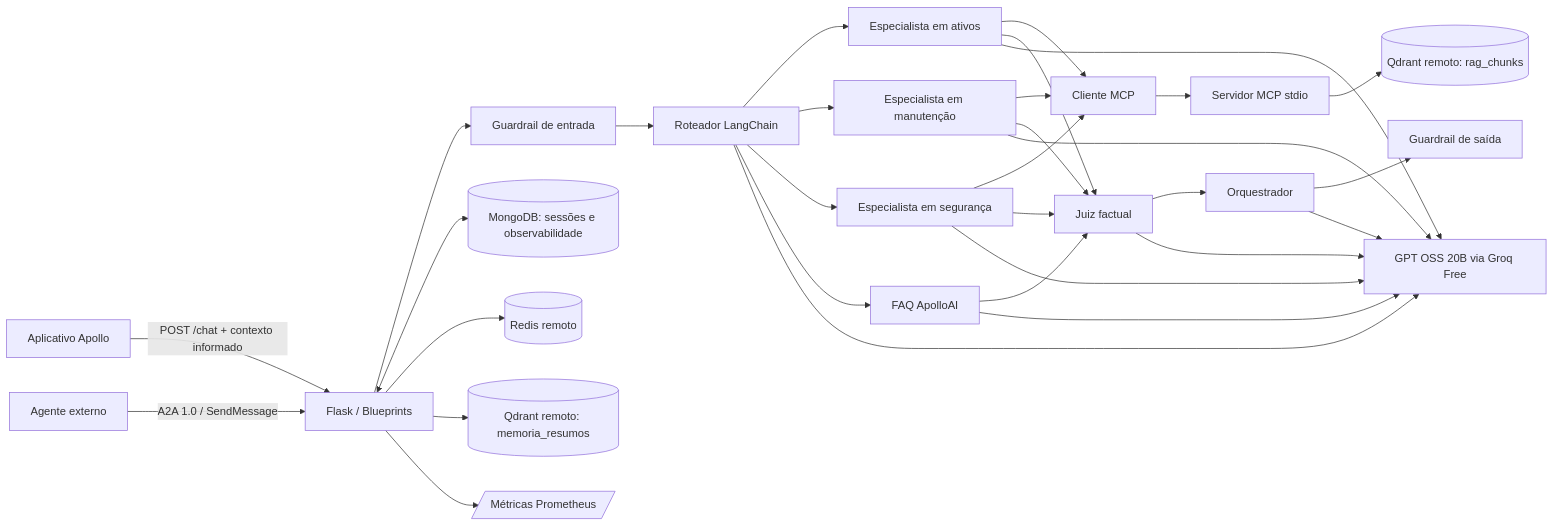
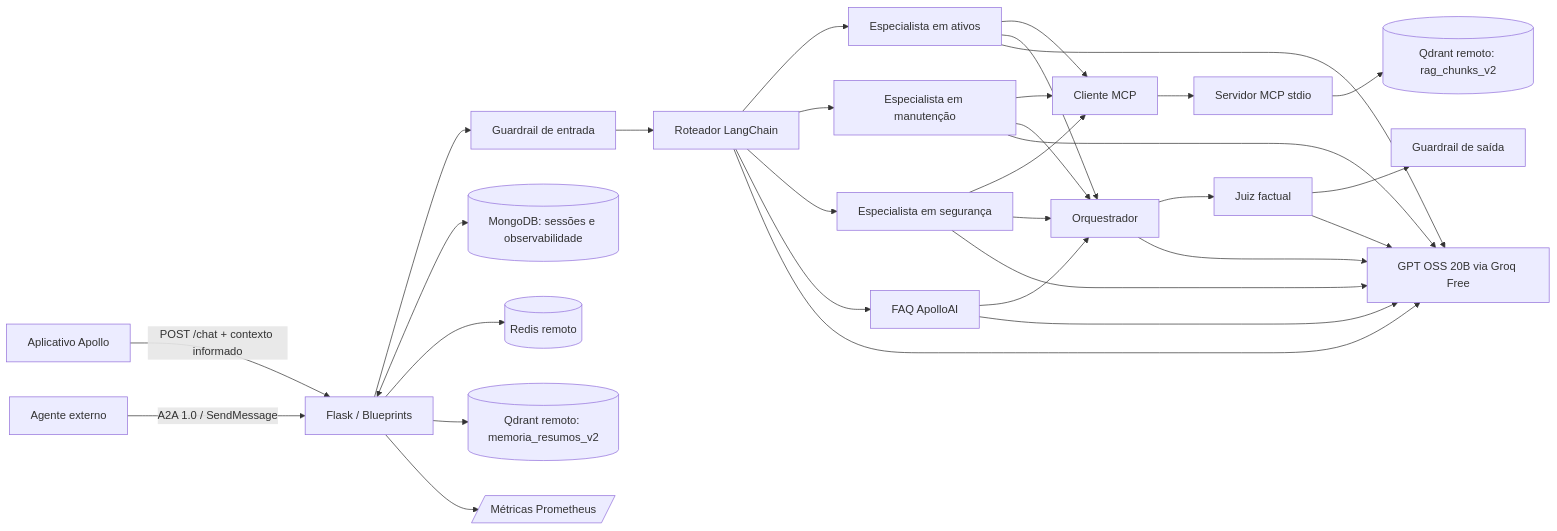
One commit to ApolloOficial/Chatbot-ApolloAI changed the diagram in docs/ARCHITECTURE.md. Above: the diagram before and after it, drawn with Mermaid. The commit also changed 25 other files, not shown here.

````diff
--- a/docs/ARCHITECTURE.md
+++ b/docs/ARCHITECTURE.md
@@ -3,22 +3,22 @@
 ```mermaid
 flowchart LR
     Mobile[Aplicativo Apollo] -->|POST /chat + contexto informado| Flask[Flask / Blueprints]
     External[Agente externo] -->|A2A 1.0 / SendMessage| Flask
     Flask --> GE[Guardrail de entrada]
     GE --> R[Roteador LangChain]
     R --> A[Especialista em ativos]
     R --> M[Especialista em manutenção]
     R --> S[Especialista em segurança]
     R --> F[FAQ ApolloAI]
     A & M & S --> MC[Cliente MCP]
     MC --> MS[Servidor MCP stdio]
-    MS --> RAG[(Qdrant remoto: rag_chunks)]
-    A & M & S & F --> J[Juiz factual]
-    J --> O[Orquestrador]
-    O --> GS[Guardrail de saída]
+    MS --> RAG[(Qdrant remoto: rag_chunks_v2)]
+    A & M & S & F --> O[Orquestrador]
+    O --> J[Juiz factual]
+    J --> GS[Guardrail de saída]
     Flask <--> Mongo[(MongoDB: sessões e observabilidade)]
     Flask --> Redis[(Redis remoto)]
-    Flask --> QM[(Qdrant remoto: memoria_resumos)]
+    Flask --> QM[(Qdrant remoto: memoria_resumos_v2)]
     R & A & M & S & F & J & O --> Groq[GPT OSS 20B via Groq Free]
     Flask --> Prom[/Métricas Prometheus/]
 ```
````
